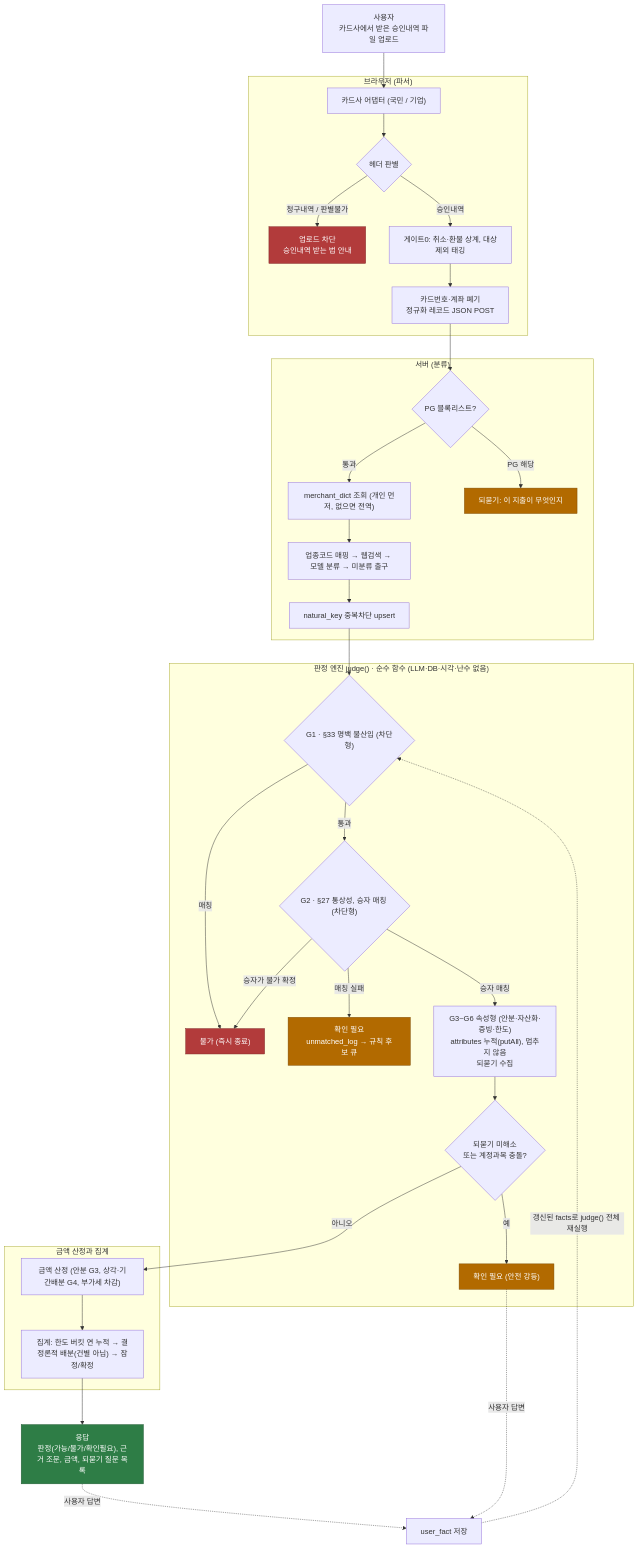
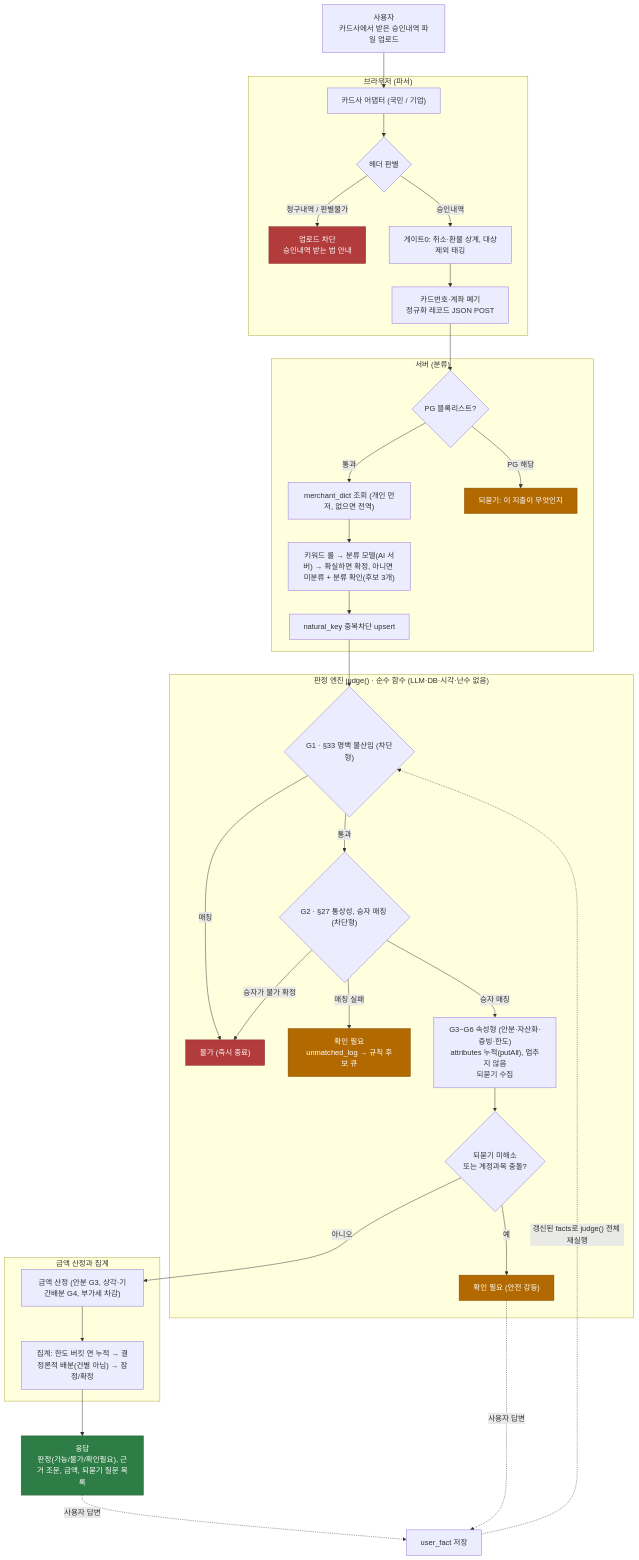
The first of 3 diagrams in docs/architecture.md (RainDrop3/ktc4-pusan-4), drawn with Mermaid before and after one commit. The commit also changed other lines of this file and 2 other files, not shown here.

````diff
--- a/docs/architecture.md
+++ b/docs/architecture.md
@@ -14,66 +14,66 @@
 ```mermaid
 flowchart TD
     U["사용자<br/>카드사에서 받은 승인내역 파일 업로드"]
 
     subgraph BROWSER["브라우저 (파서)"]
         P1["카드사 어댑터 (국민 / 기업)"]
         P2{"헤더 판별"}
         BLOCK["업로드 차단<br/>승인내역 받는 법 안내"]
         P3["게이트0: 취소·환불 상계, 대상제외 태깅"]
         P4["카드번호·계좌 폐기<br/>정규화 레코드 JSON POST"]
         P1 --> P2
         P2 -->|"청구내역 / 판별불가"| BLOCK
         P2 -->|"승인내역"| P3 --> P4
     end
 
     subgraph SERVER["서버 (분류)"]
         S1{"PG 블록리스트?"}
         S2["merchant_dict 조회 (개인 먼저, 없으면 전역)"]
-        S3["업종코드 매핑 → 웹검색 → 모델 분류 → 미분류 출구"]
+        S3["키워드 룰 → 분류 모델(AI 서버) → 확실하면 확정, 아니면 미분류 + 분류 확인(후보 3개)"]
         S4["natural_key 중복차단 upsert"]
         S1 -->|"PG 해당"| ASKC["되묻기: 이 지출이 무엇인지"]
         S1 -->|"통과"| S2 --> S3 --> S4
     end
 
     subgraph ENGINE["판정 엔진 judge() · 순수 함수 (LLM·DB·시각·난수 없음)"]
         G1{"G1 · §33 명백 불산입 (차단형)"}
         UNAV["불가 (즉시 종료)"]
         G2{"G2 · §27 통상성, 승자 매칭 (차단형)"}
         REVIEW["확인 필요<br/>unmatched_log → 규칙 후보 큐"]
         G36["G3~G6 속성형 (안분·자산화·증빙·한도)<br/>attributes 누적(putAll), 멈추지 않음<br/>되묻기 수집"]
         QCHK{"되묻기 미해소<br/>또는 계정과목 충돌?"}
         SAFE["확인 필요 (안전 강등)"]
         G1 -->|"매칭"| UNAV
         G1 -->|"통과"| G2
         G2 -->|"매칭 실패"| REVIEW
         G2 -->|"승자가 불가 확정"| UNAV
         G2 -->|"승자 매칭"| G36 --> QCHK
         QCHK -->|"예"| SAFE
     end
 
     subgraph AMOUNT["금액 산정과 집계"]
         AMT["금액 산정 (안분 G3, 상각·기간배분 G4, 부가세 차감)"]
         AGG["집계: 한도 버킷 연 누적 → 결정론적 배분(건별 아님) → 잠정/확정"]
         AMT --> AGG
     end
 
     RESP["응답<br/>판정(가능/불가/확인필요), 근거 조문, 금액, 되묻기 질문 목록"]
     FACT["user_fact 저장"]
 
     U --> P1
     P4 --> S1
     S4 --> G1
     QCHK -->|"아니오"| AMT
     AGG --> RESP
 
     RESP -.->|"사용자 답변"| FACT
     SAFE -.->|"사용자 답변"| FACT
     FACT -.->|"갱신된 facts로 judge() 전체 재실행"| G1
 
     classDef block fill:#b23b3b,color:#ffffff,stroke:#7f2626;
     classDef review fill:#b26a00,color:#ffffff,stroke:#7d4a00;
     classDef done fill:#2e7d46,color:#ffffff,stroke:#1f5731;
     class UNAV,BLOCK block;
     class REVIEW,SAFE,ASKC review;
     class RESP done;
 ```
````
